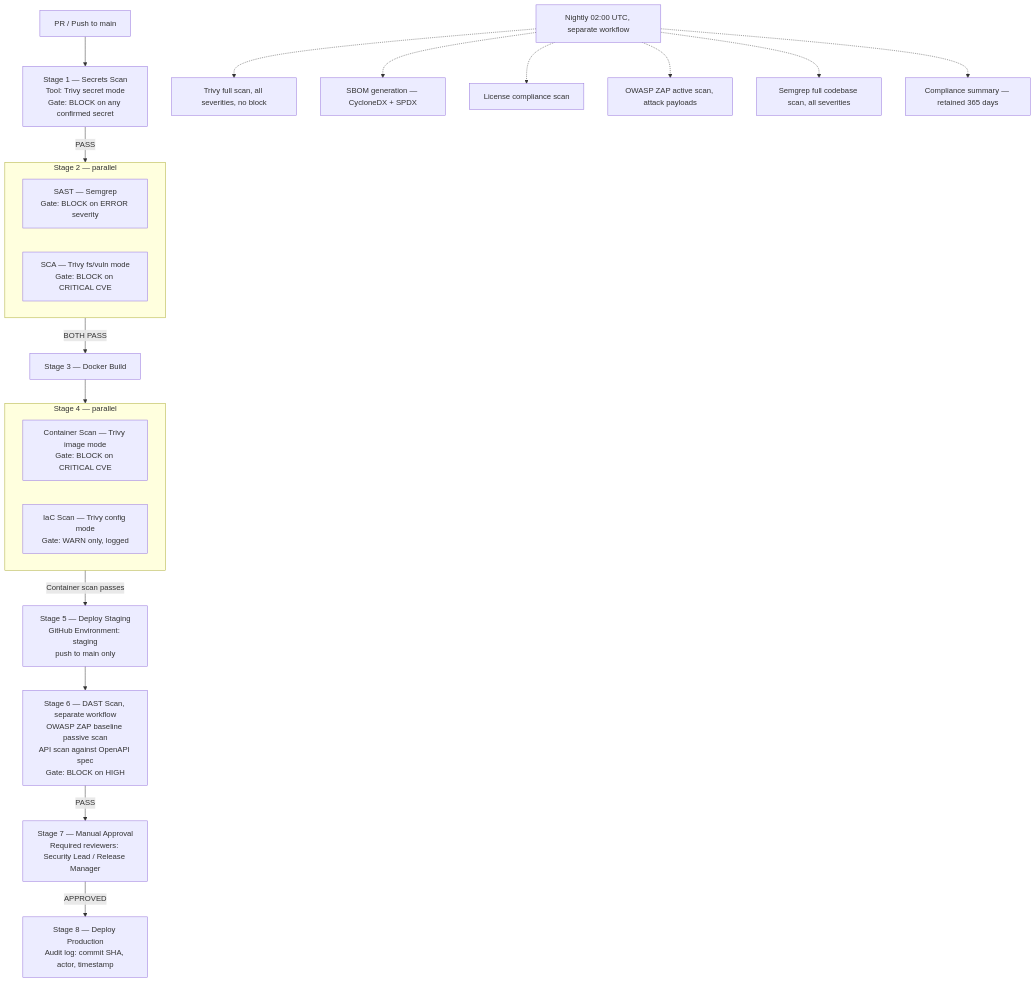
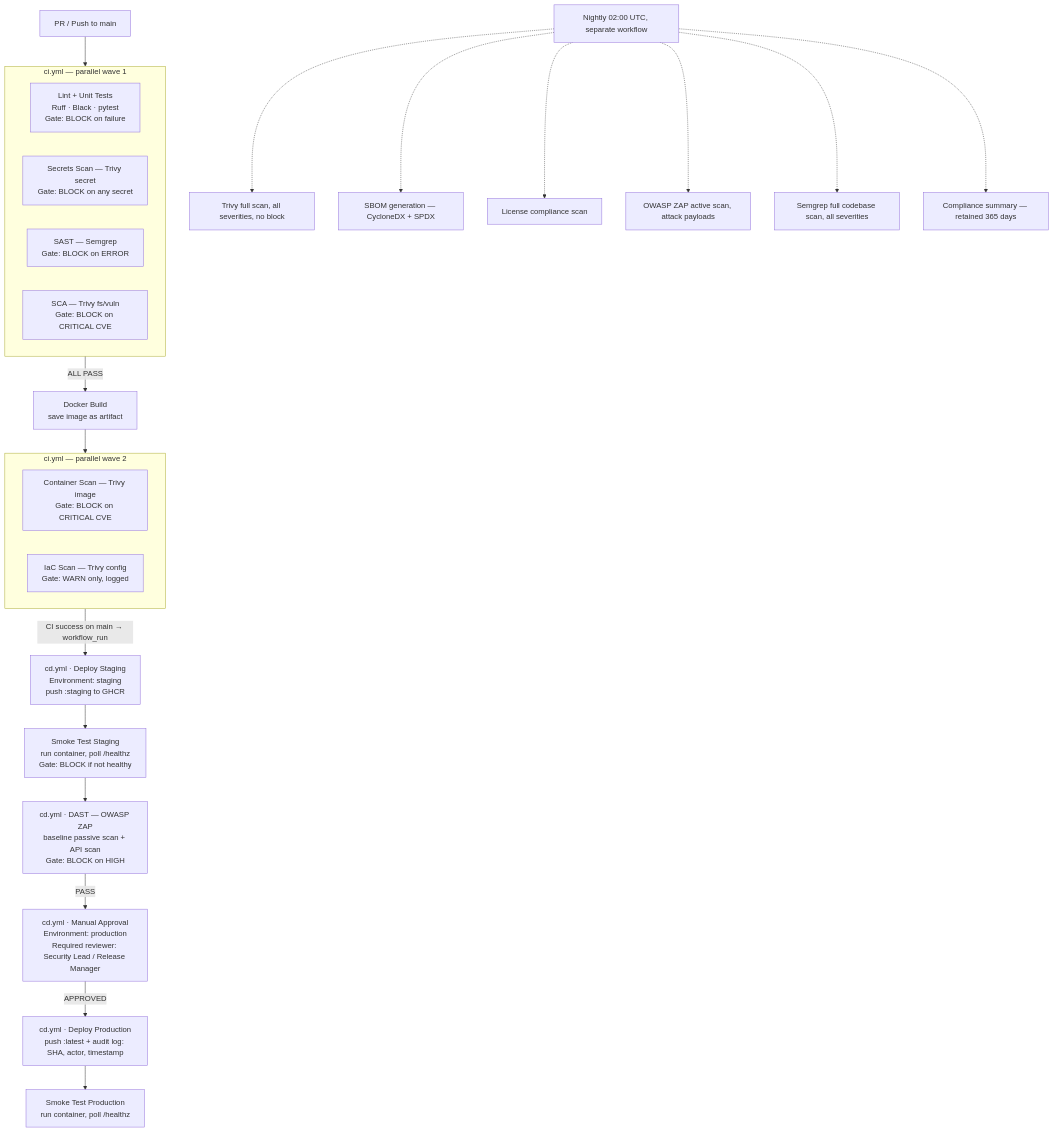
Before and after one commit to Denish02/DEVSECOPS: the first of 2 diagrams in cloudmart-devsecops-technical-analysis.md, drawn with Mermaid. The commit also changed other lines of this file and 3 other files, not shown here.

First line of the commit message:
Document new CI/CD pipeline flow

````diff
--- a/cloudmart-devsecops-technical-analysis.md
+++ b/cloudmart-devsecops-technical-analysis.md
@@ -82,40 +82,41 @@
 ```mermaid
 flowchart TD
-    Start[PR / Push to main] --> S1
+    Start[PR / Push to main] --> CI
 
-    S1[Stage 1 — Secrets Scan\nTool: Trivy secret mode\nGate: BLOCK on any confirmed secret]
-    S1 -->|PASS| S2
+    subgraph CI [ci.yml — parallel wave 1]
+        S0[Lint + Unit Tests\nRuff · Black · pytest\nGate: BLOCK on failure]
+        S1[Secrets Scan — Trivy secret\nGate: BLOCK on any secret]
+        S2a[SAST — Semgrep\nGate: BLOCK on ERROR]
+        S2b[SCA — Trivy fs/vuln\nGate: BLOCK on CRITICAL CVE]
+    end
+    CI -->|ALL PASS| S3
 
-    subgraph S2 [Stage 2 — parallel]
-        S2a[SAST — Semgrep\nGate: BLOCK on ERROR severity]
-        S2b[SCA — Trivy fs/vuln mode\nGate: BLOCK on CRITICAL CVE]
-    end
-    S2 -->|BOTH PASS| S3
-
-    S3[Stage 3 — Docker Build]
+    S3[Docker Build\nsave image as artifact]
     S3 --> S4
 
-    subgraph S4 [Stage 4 — parallel]
-        S4a[Container Scan — Trivy image mode\nGate: BLOCK on CRITICAL CVE]
-        S4b[IaC Scan — Trivy config mode\nGate: WARN only, logged]
+    subgraph S4 [ci.yml — parallel wave 2]
+        S4a[Container Scan — Trivy image\nGate: BLOCK on CRITICAL CVE]
+        S4b[IaC Scan — Trivy config\nGate: WARN only, logged]
     end
-    S4 -->|Container scan passes| S5
+    S4 -->|CI success on main → workflow_run| S5
 
-    S5[Stage 5 — Deploy Staging\nGitHub Environment: staging\npush to main only]
-    S5 --> S6
+    S5[cd.yml · Deploy Staging\nEnvironment: staging\npush :staging to GHCR]
+    S5 --> SM1[Smoke Test Staging\nrun container, poll /healthz\nGate: BLOCK if not healthy]
+    SM1 --> S6
 
-    S6[Stage 6 — DAST Scan, separate workflow\nOWASP ZAP baseline passive scan\nAPI scan against OpenAPI spec\nGate: BLOCK on HIGH]
+    S6[cd.yml · DAST — OWASP ZAP\nbaseline passive scan + API scan\nGate: BLOCK on HIGH]
     S6 -->|PASS| S7
 
-    S7[Stage 7 — Manual Approval\nRequired reviewers: Security Lead / Release Manager]
+    S7[cd.yml · Manual Approval\nEnvironment: production\nRequired reviewer: Security Lead / Release Manager]
     S7 -->|APPROVED| S8
 
-    S8[Stage 8 — Deploy Production\nAudit log: commit SHA, actor, timestamp]
+    S8[cd.yml · Deploy Production\npush :latest + audit log: SHA, actor, timestamp]
+    S8 --> SM2[Smoke Test Production\nrun container, poll /healthz]
 
     Nightly[Nightly 02:00 UTC, separate workflow] -.-> N1[Trivy full scan, all severities, no block]
     Nightly -.-> N2[SBOM generation — CycloneDX + SPDX]
     Nightly -.-> N3[License compliance scan]
     Nightly -.-> N4[OWASP ZAP active scan, attack payloads]
     Nightly -.-> N5[Semgrep full codebase scan, all severities]
     Nightly -.-> N6[Compliance summary — retained 365 days]
 ```
````
